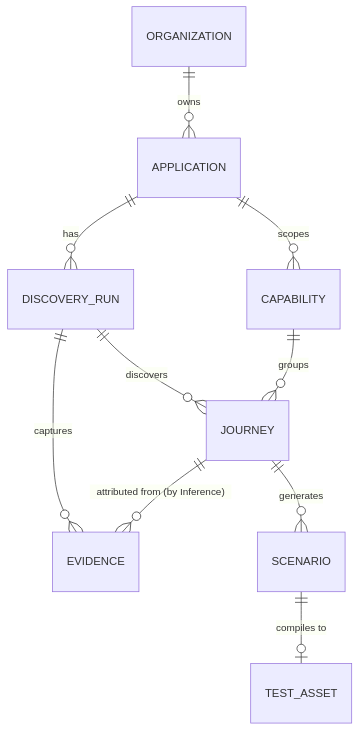
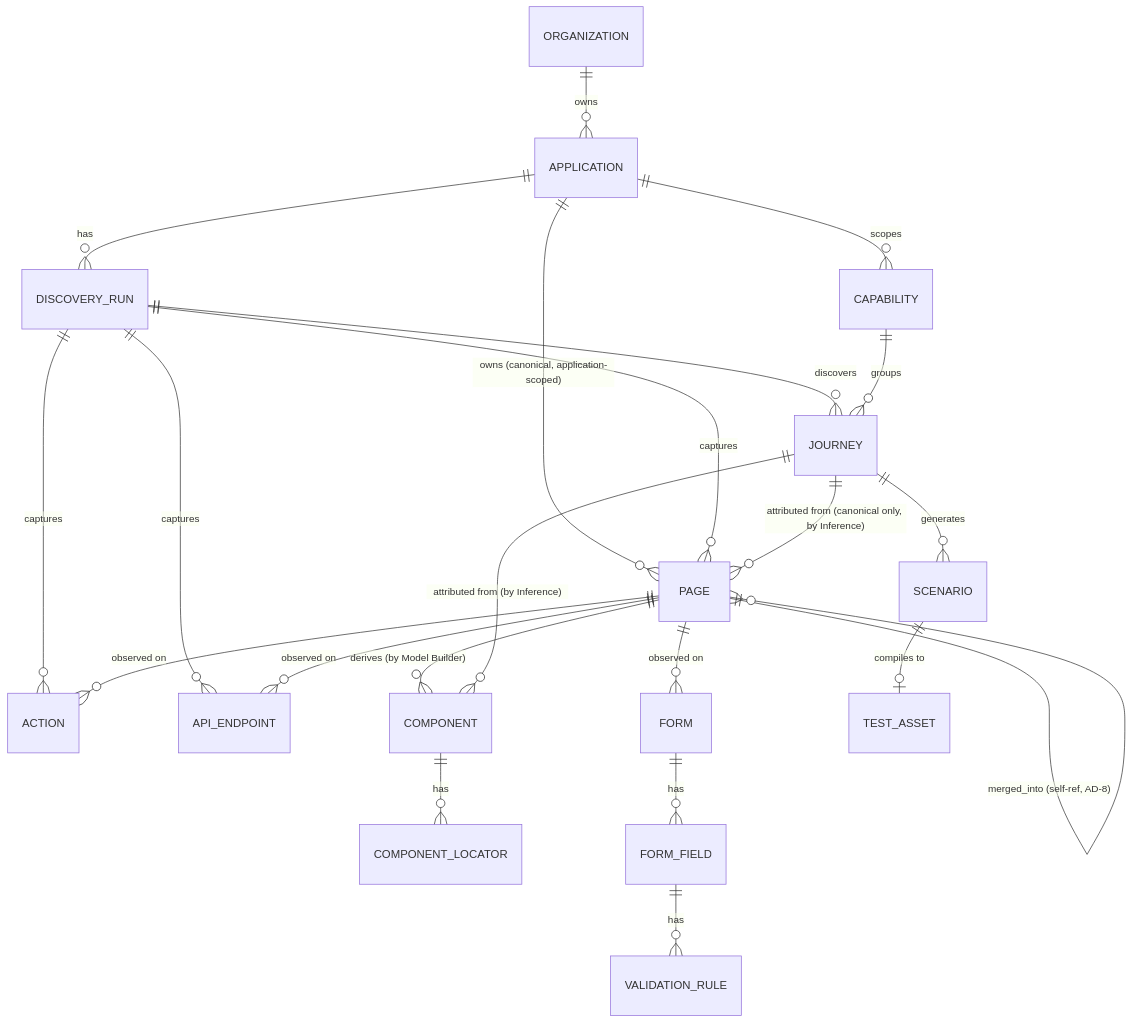
Before and after one commit to wm-ps/AITESTGEN: the seventh of 7 diagrams in _bmad-output/planning-artifacts/architecture/architecture-AITestGen-2026-07-13/ARCHITECTURE-SPINE.md, drawn with Mermaid. The commit also changed other lines of this file and 52 other files, not shown here.

Commit message:
Updated code for Stories 2-2 to 2-5 ;Improved crawling logic and implemented model builder and udpated schema for postgresql

````diff
--- a/_bmad-output/planning-artifacts/architecture/architecture-AITestGen-2026-07-13/ARCHITECTURE-SPINE.md
+++ b/_bmad-output/planning-artifacts/architecture/architecture-AITestGen-2026-07-13/ARCHITECTURE-SPINE.md
@@ -414,12 +444,24 @@
 ```mermaid
 erDiagram
     ORGANIZATION ||--o{ APPLICATION : owns
     APPLICATION ||--o{ DISCOVERY_RUN : has
     APPLICATION ||--o{ CAPABILITY : scopes
+    APPLICATION ||--o{ PAGE : "owns (canonical, application-scoped)"
     DISCOVERY_RUN ||--o{ JOURNEY : discovers
-    DISCOVERY_RUN ||--o{ EVIDENCE : captures
+    DISCOVERY_RUN ||--o{ PAGE : captures
+    DISCOVERY_RUN ||--o{ ACTION : captures
+    DISCOVERY_RUN ||--o{ API_ENDPOINT : captures
+    PAGE ||--o{ PAGE : "merged_into (self-ref, AD-8)"
+    PAGE ||--o{ ACTION : "observed on"
+    PAGE ||--o{ FORM : "observed on"
+    PAGE ||--o{ API_ENDPOINT : "observed on"
+    PAGE ||--o{ COMPONENT : "derives (by Model Builder)"
+    COMPONENT ||--o{ COMPONENT_LOCATOR : has
+    FORM ||--o{ FORM_FIELD : has
+    FORM_FIELD ||--o{ VALIDATION_RULE : has
     CAPABILITY ||--o{ JOURNEY : groups
-    JOURNEY ||--o{ EVIDENCE : "attributed from (by Inference)"
+    JOURNEY ||--o{ PAGE : "attributed from (canonical only, by Inference)"
+    JOURNEY ||--o{ COMPONENT : "attributed from (by Inference)"
     JOURNEY ||--o{ SCENARIO : generates
     SCENARIO ||--o| TEST_ASSET : "compiles to"
 ```
````
